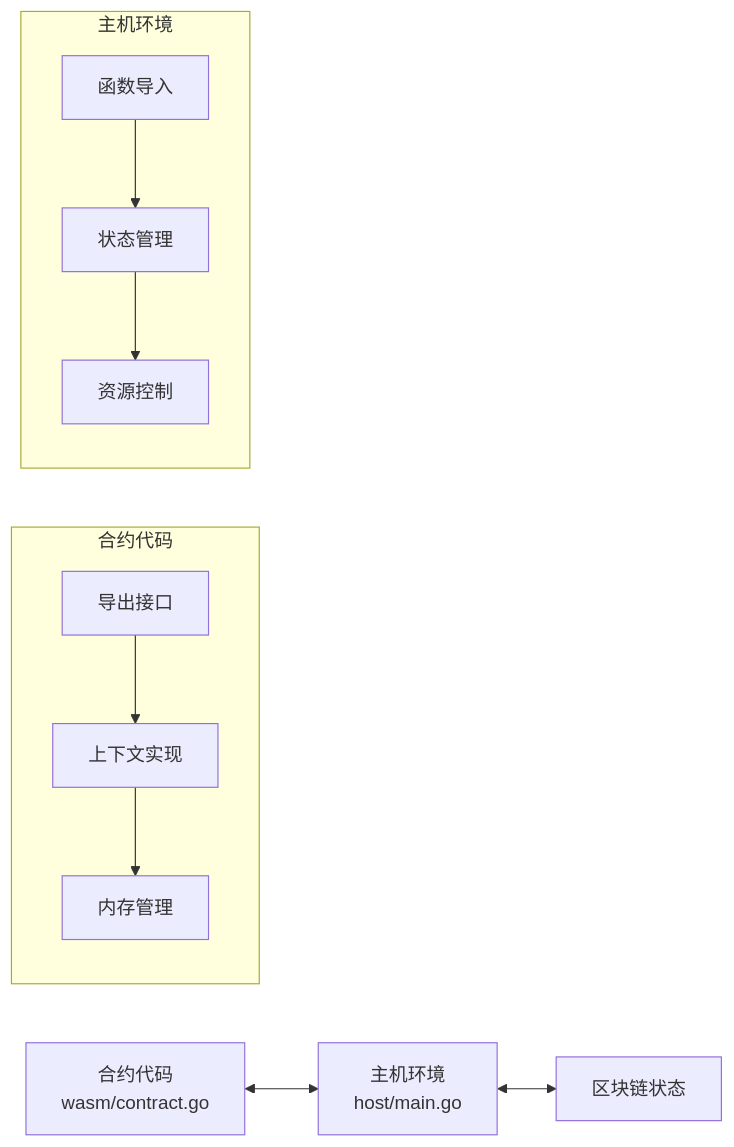
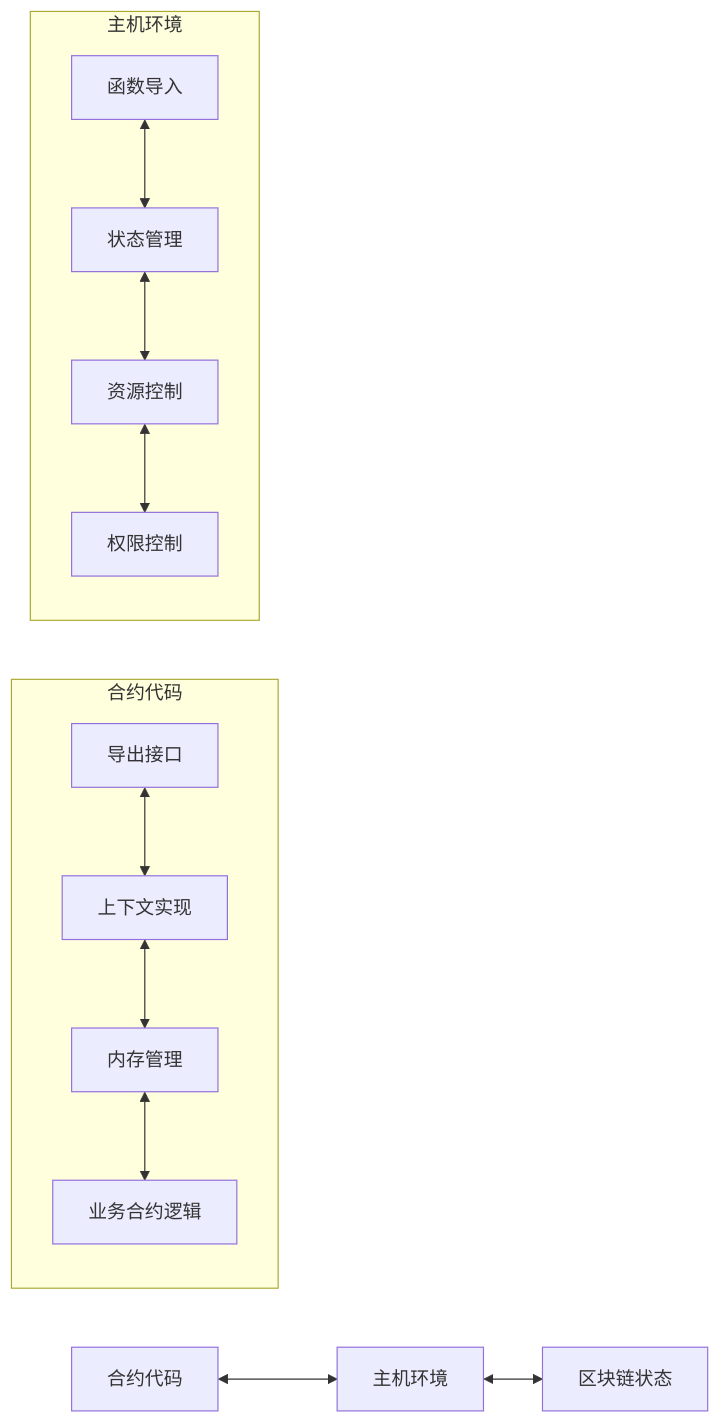
One commit to govm-net/vm changed the first of 2 diagrams in docs/wasm_contract_interface.md. Above: the diagram before and after it, drawn with Mermaid. The commit also changed other lines of this file and 4 other files, not shown here.

````diff
--- a/docs/wasm_contract_interface.md
+++ b/docs/wasm_contract_interface.md
@@ -9,13 +9,17 @@
 ```mermaid
 flowchart LR
-    A[合约代码<br>wasm/contract.go] <--> B[主机环境<br>host/main.go]
+    A[合约代码] <--> B[主机环境]
     B <--> C[区块链状态]
     
     subgraph 合约代码
-        A1[导出接口] --> A2[上下文实现] --> A3[内存管理]
+        A1[导出接口]<-->A2[上下文实现]
+        A2<-->A3[内存管理]
+        A3<-->A4[业务合约逻辑]
     end
     
     subgraph 主机环境
-        B1[函数导入] --> B2[状态管理] --> B3[资源控制]
+        B1[函数导入]<-->B2[状态管理]
+        B2<-->B3[资源控制]
+        B3<-->B4[权限控制]
     end
 ```
````
